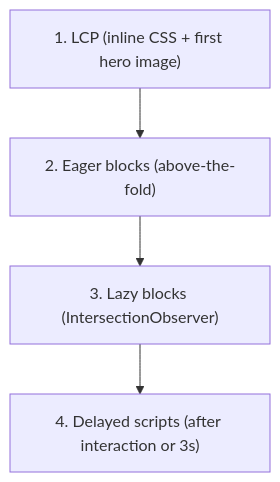
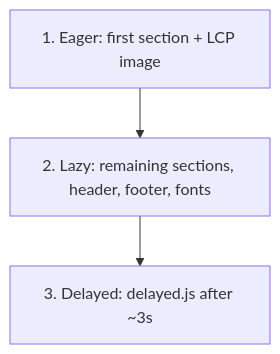
Before and after one commit to LucaNerlich/lucanerlich.com: the diagram in docs/aem/edge-delivery/performance.mdx, drawn with Mermaid. The commit also changed other lines of this file and 95 other files, not shown here.

````diff
--- a/docs/aem/edge-delivery/performance.mdx
+++ b/docs/aem/edge-delivery/performance.mdx
@@ -15,11 +15,9 @@
 ```mermaid
 graph TD
-    LCP["1. LCP (inline CSS + first hero image)"]
-    Eager["2. Eager blocks (above-the-fold)"]
-    Lazy["3. Lazy blocks (IntersectionObserver)"]
-    Delayed["4. Delayed scripts (after interaction or 3s)"]
+    LCP["1. Eager: first section + LCP image"]
+    Lazy["2. Lazy: remaining sections, header, footer, fonts"]
+    Delayed["3. Delayed: delayed.js after ~3s"]
 
-    LCP --> Eager
-    Eager --> Lazy
+    LCP --> Lazy
     Lazy --> Delayed
 ```
````
